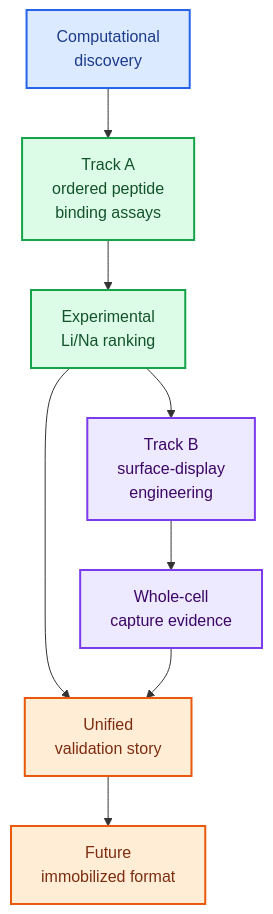
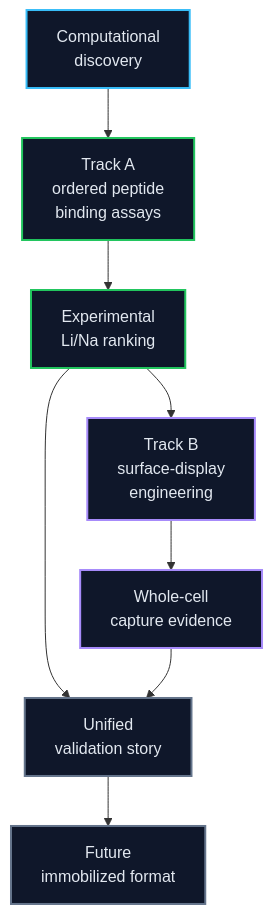
One commit to jackyissocute/LiSPER changed the diagram in 02_experimental_validation/README.md. Above: the diagram before and after it, drawn with Mermaid. The commit also changed 10 other files, not shown here.

````diff
--- a/02_experimental_validation/README.md
+++ b/02_experimental_validation/README.md
@@ -7,30 +7,30 @@
 ```mermaid
 flowchart TD
     accTitle: Experimental Validation Tracks
     accDescr: Experimental validation now tests ordered synthetic peptides first, then uses the best candidates for surface-display engineering and future translation.
 
     discovery["Computational<br/>discovery"]
     track_a["Track A<br/>ordered peptide<br/>binding assays"]
     ranking["Experimental<br/>Li/Na ranking"]
     track_b["Track B<br/>surface-display<br/>engineering"]
     biological["Whole-cell<br/>capture evidence"]
     validation["Unified<br/>validation story"]
     translation["Future<br/>immobilized format"]
 
     discovery --> track_a
     track_a --> ranking
     ranking --> track_b
     track_b --> biological
     ranking --> validation
     biological --> validation
     validation --> translation
 
-    classDef comp fill:#dbeafe,stroke:#2563eb,stroke-width:2px,color:#1e3a8a
-    classDef trackA fill:#dcfce7,stroke:#16a34a,stroke-width:2px,color:#14532d
-    classDef trackB fill:#ede9fe,stroke:#7c3aed,stroke-width:2px,color:#3b0764
-    classDef future fill:#ffedd5,stroke:#ea580c,stroke-width:2px,color:#7c2d12
+    classDef comp fill:#0F172A,stroke:#38BDF8,stroke-width:2px,color:#E2E8F0
+    classDef trackA fill:#0F172A,stroke:#22C55E,stroke-width:2px,color:#E2E8F0
+    classDef trackB fill:#0F172A,stroke:#A78BFA,stroke-width:2px,color:#E2E8F0
+    classDef future fill:#0F172A,stroke:#64748B,stroke-width:2px,color:#E2E8F0
     class discovery comp
     class track_a,ranking trackA
     class track_b,biological trackB
     class validation,translation future
 ```
````
